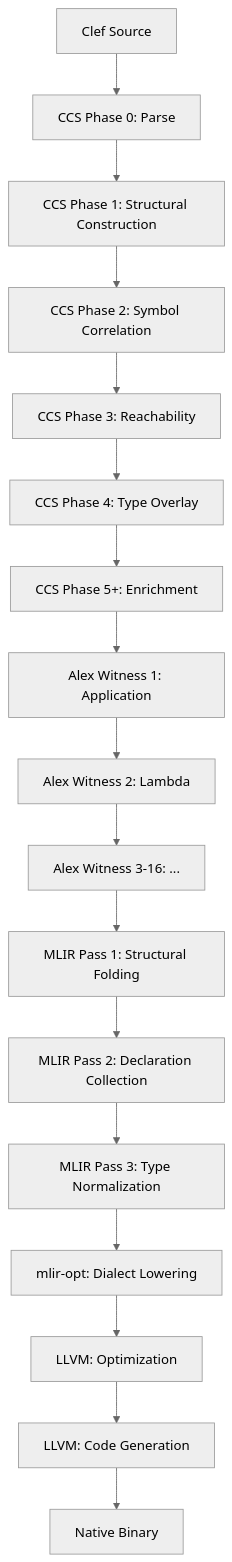
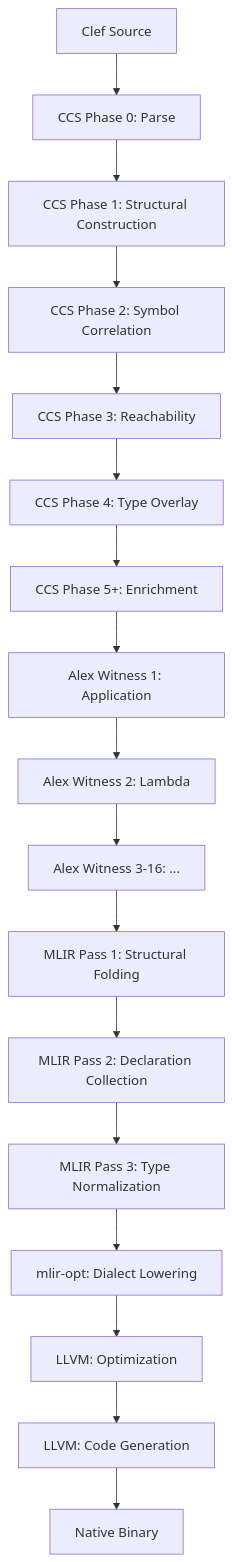
One commit to FidelityFramework/clef-lang-site changed the first of 3 diagrams in hugo/content/docs/internals/concepts/nanopass-navigation.md. Above: the diagram before and after it, drawn with Mermaid. The commit also changed other lines of this file and 20 other files, not shown here.

Commit message:
clear formatting of mermaid markup

````diff
--- a/hugo/content/docs/internals/concepts/nanopass-navigation.md
+++ b/hugo/content/docs/internals/concepts/nanopass-navigation.md
@@ -49,20 +49,19 @@
 ```mermaid
-%%{init: {'theme':'neutral'}}%%
 graph TD
     A[Clef Source] --> B[CCS Phase 0: Parse]
     B --> C[CCS Phase 1: Structural Construction]
     C --> D[CCS Phase 2: Symbol Correlation]
     D --> E[CCS Phase 3: Reachability]
     E --> F[CCS Phase 4: Type Overlay]
     F --> G[CCS Phase 5+: Enrichment]
     G --> H[Alex Witness 1: Application]
     H --> I[Alex Witness 2: Lambda]
     I --> J[Alex Witness 3-16: ...]
     J --> K[MLIR Pass 1: Structural Folding]
     K --> L[MLIR Pass 2: Declaration Collection]
     L --> M[MLIR Pass 3: Type Normalization]
     M --> N[mlir-opt: Dialect Lowering]
     N --> O[LLVM: Optimization]
     O --> P[LLVM: Code Generation]
     P --> Q[Native Binary]
 ```
````
